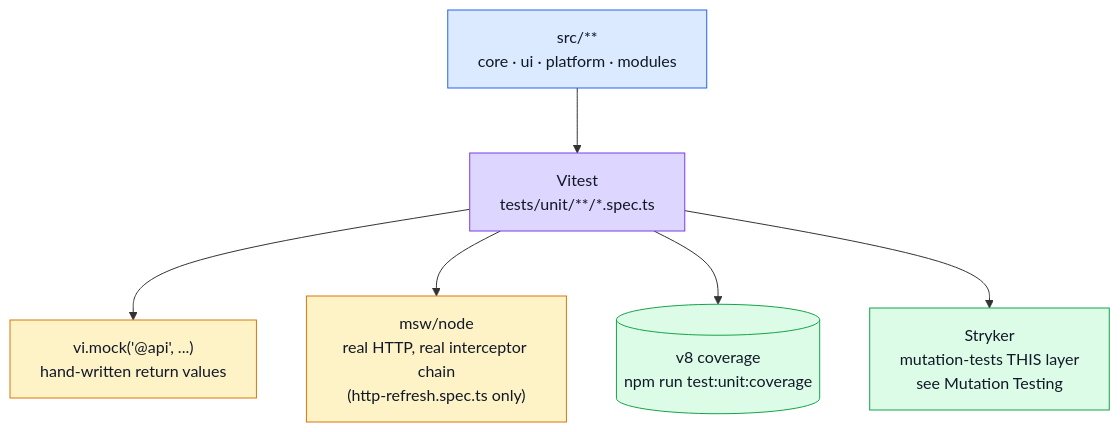
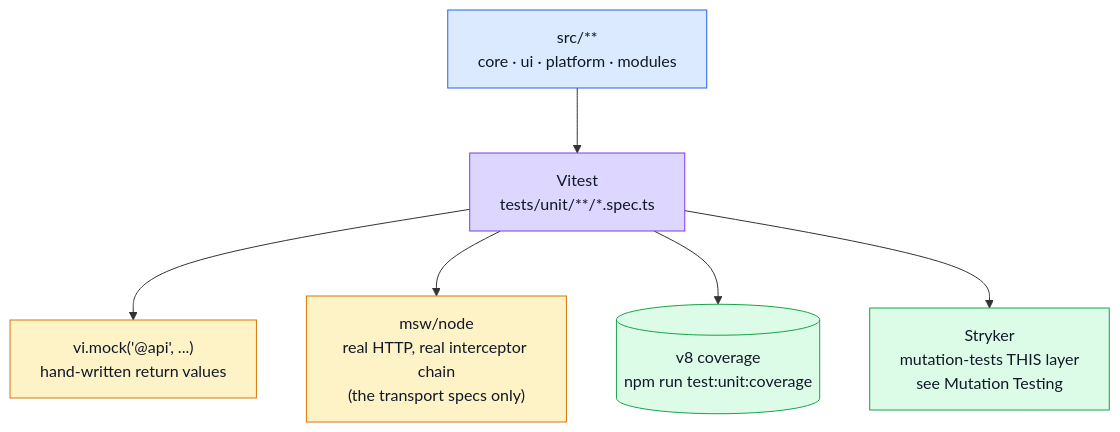
The diagram in docs/tools/unit-testing.md (Guebbit/boilerplate-vue-frontend), drawn with Mermaid before and after one commit. The commit also changed other lines of this file and 38 other files, not shown here.

````diff
--- a/docs/tools/unit-testing.md
+++ b/docs/tools/unit-testing.md
@@ -18,18 +18,18 @@
 ```mermaid
 %%{init: {'flowchart': {'nodeSpacing': 50, 'rankSpacing': 65}}}%%
 flowchart TB
     Source["src/**\ncore · ui · platform · modules"] --> Unit["Vitest\ntests/unit/**/*.spec.ts"]
     Unit --> ModuleMock["vi.mock('@api', ...)\nhand-written return values"]
-    Unit --> NodeMSW["msw/node\nreal HTTP, real interceptor chain\n(http-refresh.spec.ts only)"]
+    Unit --> NodeMSW["msw/node\nreal HTTP, real interceptor chain\n(the transport specs only)"]
     Unit --> Coverage[("v8 coverage\nnpm run test:unit:coverage")]
     Unit --> Mutation["Stryker\nmutation-tests THIS layer\nsee Mutation Testing"]
 
     classDef src fill:#dbeafe,stroke:#2563eb,color:#111827;
     classDef test fill:#ddd6fe,stroke:#7c3aed,color:#111827;
     classDef mock fill:#fef3c7,stroke:#d97706,color:#111827;
     classDef out fill:#dcfce7,stroke:#16a34a,color:#111827;
     class Source src;
     class Unit test;
     class ModuleMock,NodeMSW mock;
     class Coverage,Mutation out;
 ```
````
